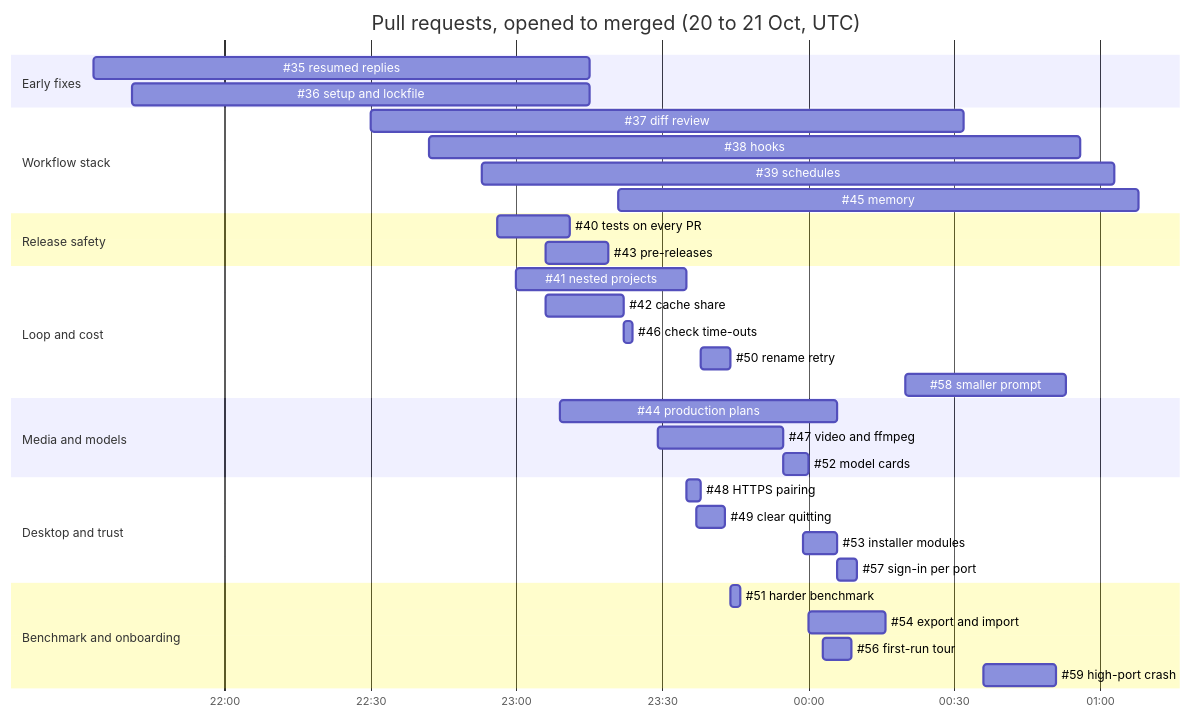
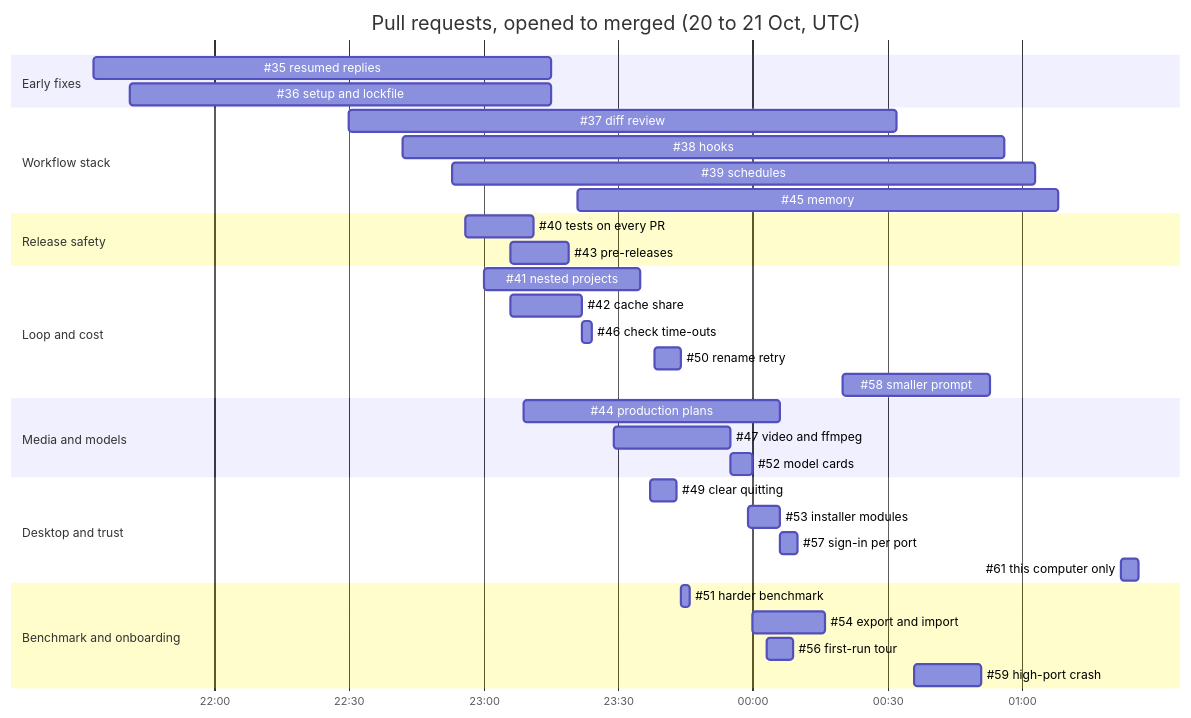
Before and after one commit to mims1234/QuorX: the first of 2 diagrams in docs/research/parallel-release.md, drawn with Mermaid. The commit also changed other lines of this file and 4 other files, not shown here.

First line of the commit message:
Research notes: agentic integrity framing; this computer only (#61) replaces phone pairing

````diff
--- a/docs/research/parallel-release.md
+++ b/docs/research/parallel-release.md
@@ -23,37 +23,37 @@
 ```mermaid
 gantt
     title Pull requests, opened to merged (20 to 21 Oct, UTC)
     dateFormat YYYY-MM-DD HH:mm
     axisFormat %H:%M
     section Early fixes
     #35 resumed replies   :2026-10-20 21:33, 2026-10-20 23:15
     #36 setup and lockfile:2026-10-20 21:41, 2026-10-20 23:15
     section Workflow stack
     #37 diff review       :2026-10-20 22:30, 2026-10-21 00:32
     #38 hooks             :2026-10-20 22:42, 2026-10-21 00:56
     #39 schedules         :2026-10-20 22:53, 2026-10-21 01:03
     #45 memory            :2026-10-20 23:21, 2026-10-21 01:08
     section Release safety
     #40 tests on every PR :2026-10-20 22:56, 2026-10-20 23:11
     #43 pre-releases      :2026-10-20 23:06, 2026-10-20 23:19
     section Loop and cost
     #41 nested projects   :2026-10-20 23:00, 2026-10-20 23:35
     #42 cache share       :2026-10-20 23:06, 2026-10-20 23:22
     #46 check time-outs   :2026-10-20 23:22, 2026-10-20 23:24
     #50 rename retry      :2026-10-20 23:38, 2026-10-20 23:44
     #58 smaller prompt    :2026-10-21 00:20, 2026-10-21 00:53
     section Media and models
     #44 production plans  :2026-10-20 23:09, 2026-10-21 00:06
     #47 video and ffmpeg  :2026-10-20 23:29, 2026-10-20 23:55
     #52 model cards       :2026-10-20 23:55, 2026-10-21 00:00
     section Desktop and trust
-    #48 HTTPS pairing     :2026-10-20 23:35, 2026-10-20 23:38
     #49 clear quitting    :2026-10-20 23:37, 2026-10-20 23:43
     #53 installer modules :2026-10-20 23:59, 2026-10-21 00:06
     #57 sign-in per port  :2026-10-21 00:06, 2026-10-21 00:10
+    #61 this computer only:2026-10-21 01:22, 2026-10-21 01:26
     section Benchmark and onboarding
     #51 harder benchmark  :2026-10-20 23:44, 2026-10-20 23:46
     #54 export and import :2026-10-21 00:00, 2026-10-21 00:16
     #56 first-run tour    :2026-10-21 00:03, 2026-10-21 00:09
     #59 high-port crash   :2026-10-21 00:36, 2026-10-21 00:51
 ```
````
